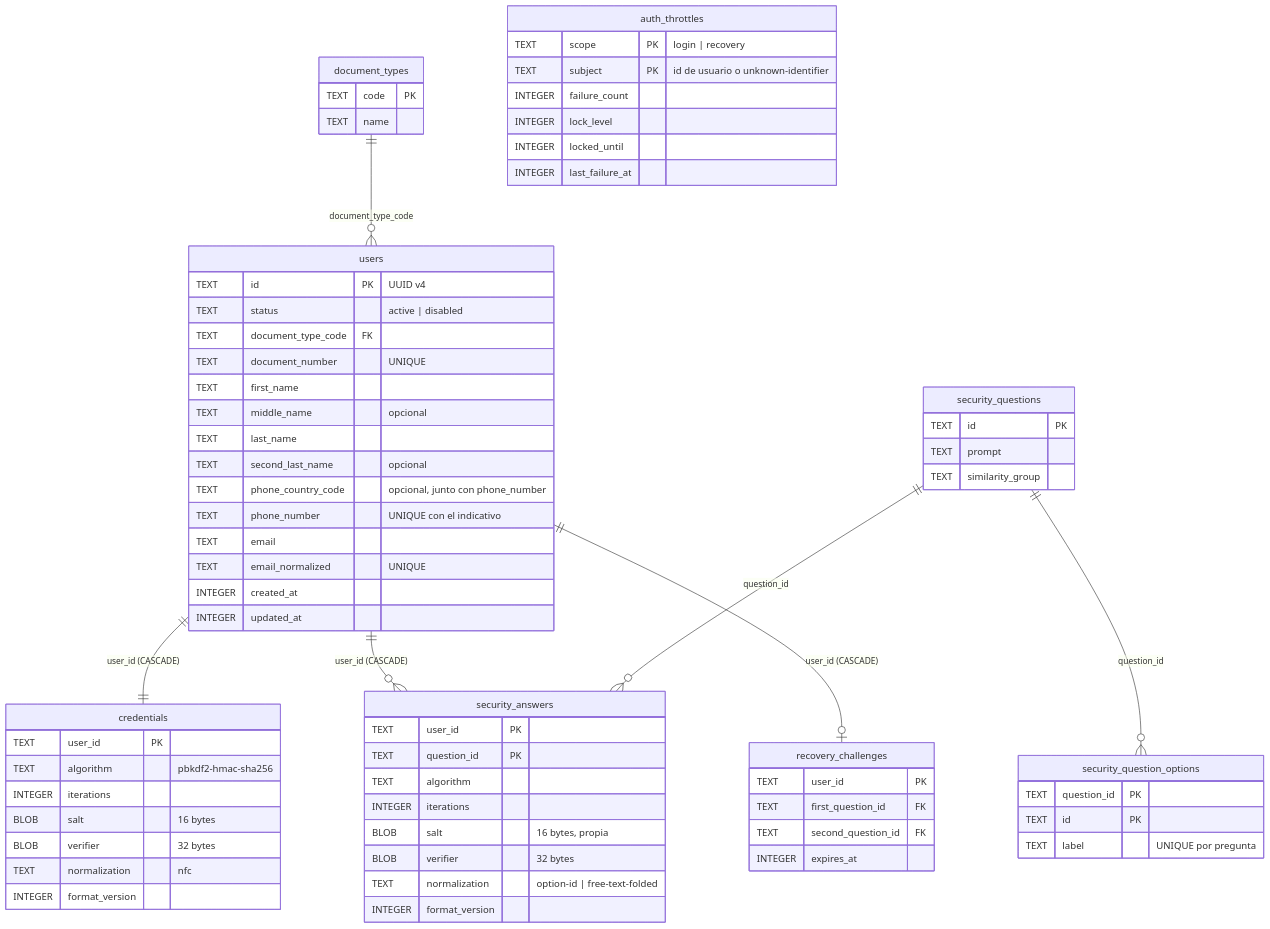
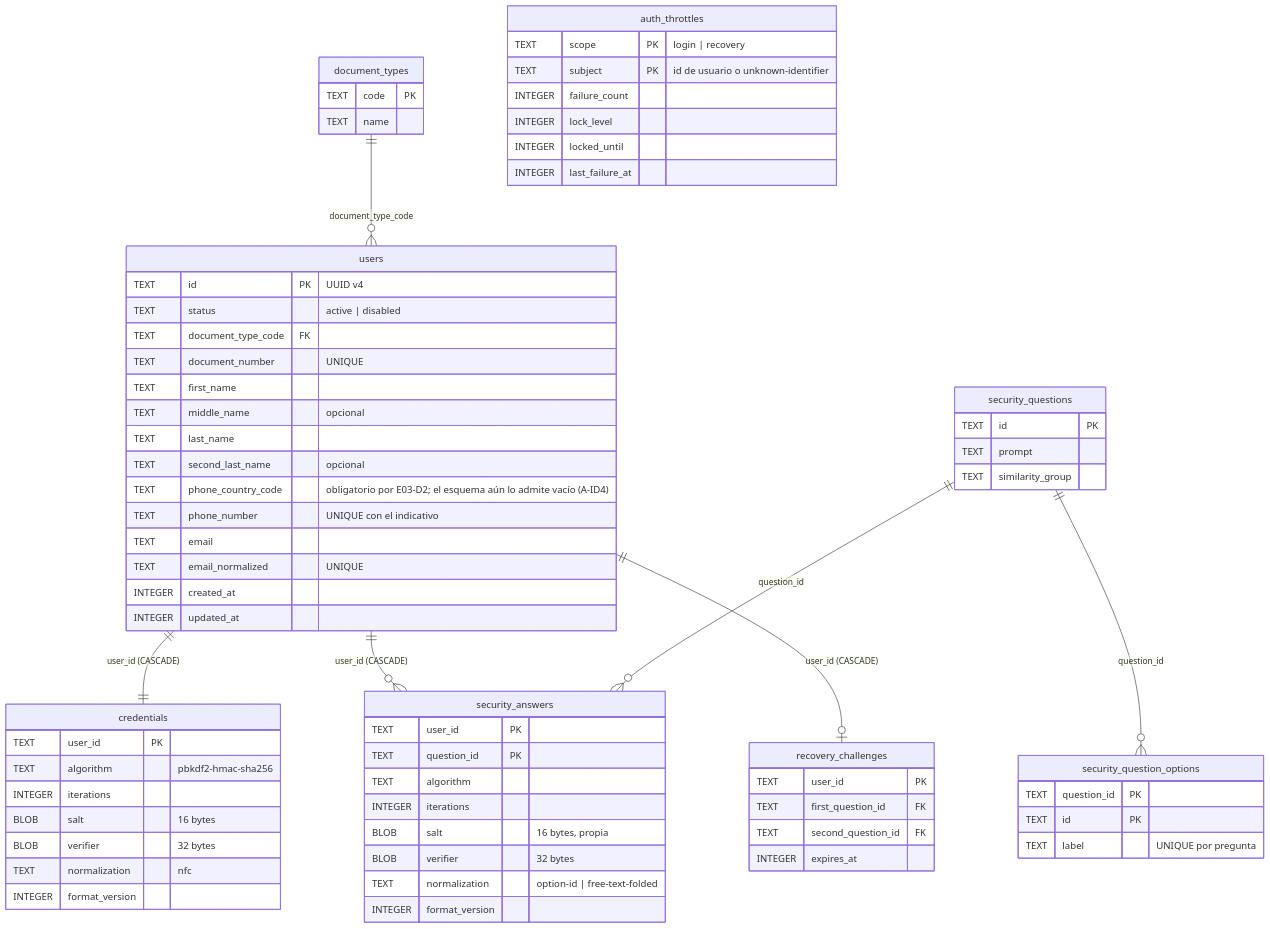
Before and after one commit to Akiraz14/GFP: the diagram in docs/arquitectura-identidad.md, drawn with Mermaid. The commit also changed other lines of this file and 4 other files, not shown here.

````diff
--- a/docs/arquitectura-identidad.md
+++ b/docs/arquitectura-identidad.md
@@ -52,72 +52,72 @@
 ```mermaid
 erDiagram
   document_types ||--o{ users : "document_type_code"
   users ||--|| credentials : "user_id (CASCADE)"
   users ||--o{ security_answers : "user_id (CASCADE)"
   security_questions ||--o{ security_answers : "question_id"
   security_questions ||--o{ security_question_options : "question_id"
   users ||--o| recovery_challenges : "user_id (CASCADE)"
   users {
     TEXT id PK "UUID v4"
     TEXT status "active | disabled"
     TEXT document_type_code FK
     TEXT document_number "UNIQUE"
     TEXT first_name
     TEXT middle_name "opcional"
     TEXT last_name
     TEXT second_last_name "opcional"
-    TEXT phone_country_code "opcional, junto con phone_number"
+    TEXT phone_country_code "obligatorio por E03-D2; el esquema aún lo admite vacío (A-ID4)"
     TEXT phone_number "UNIQUE con el indicativo"
     TEXT email
     TEXT email_normalized "UNIQUE"
     INTEGER created_at
     INTEGER updated_at
   }
   credentials {
     TEXT user_id PK
     TEXT algorithm "pbkdf2-hmac-sha256"
     INTEGER iterations
     BLOB salt "16 bytes"
     BLOB verifier "32 bytes"
     TEXT normalization "nfc"
     INTEGER format_version
   }
   security_answers {
     TEXT user_id PK
     TEXT question_id PK
     TEXT algorithm
     INTEGER iterations
     BLOB salt "16 bytes, propia"
     BLOB verifier "32 bytes"
     TEXT normalization "option-id | free-text-folded"
     INTEGER format_version
   }
   security_questions {
     TEXT id PK
     TEXT prompt
     TEXT similarity_group
   }
   security_question_options {
     TEXT question_id PK
     TEXT id PK
     TEXT label "UNIQUE por pregunta"
   }
   recovery_challenges {
     TEXT user_id PK
     TEXT first_question_id FK
     TEXT second_question_id FK
     INTEGER expires_at
   }
   auth_throttles {
     TEXT scope PK "login | recovery"
     TEXT subject PK "id de usuario o unknown-identifier"
     INTEGER failure_count
     INTEGER lock_level
     INTEGER locked_until
     INTEGER last_failure_at
   }
   document_types {
     TEXT code PK
     TEXT name
   }
 ```
````
